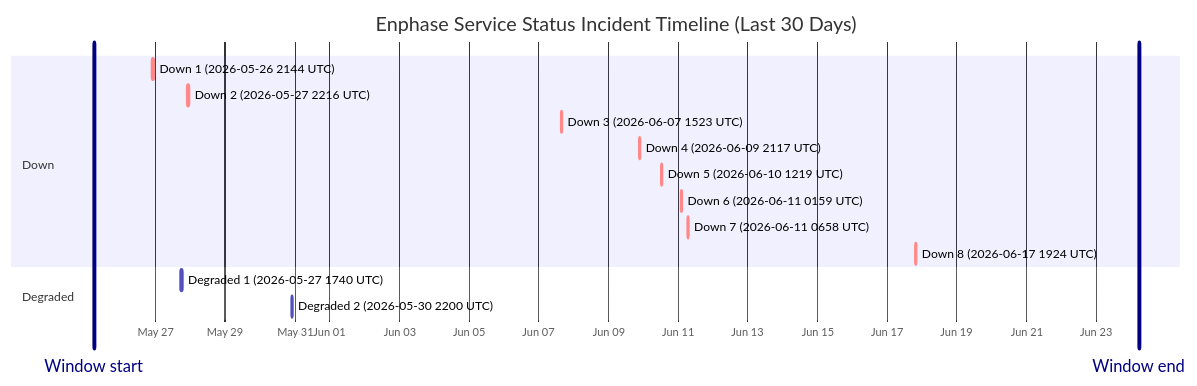
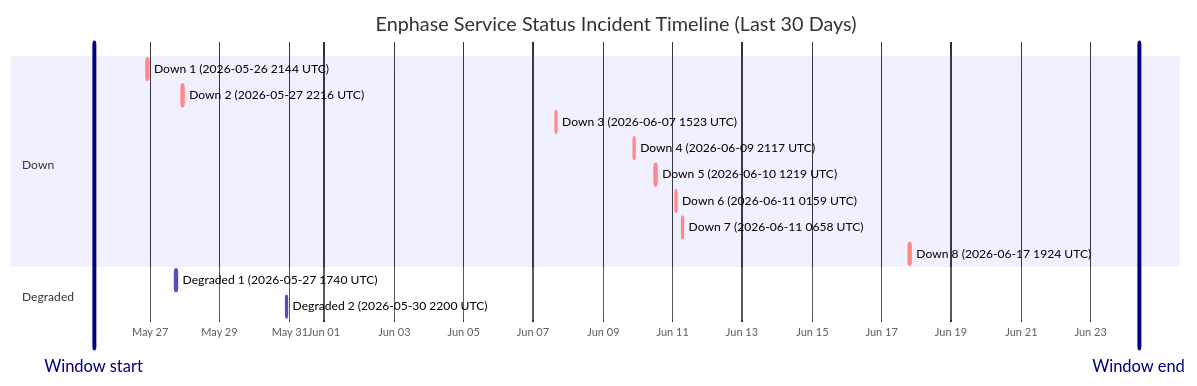
Before and after one commit to barneyonline/ha-enphase-energy: the diagram in wiki/Service-Status-History.md, drawn with Mermaid. The commit also changed other lines of this file and 3 other files, not shown here.

````diff
--- a/wiki/Service-Status-History.md
+++ b/wiki/Service-Status-History.md
@@ -14,20 +14,20 @@
 ```mermaid
 gantt
     title Enphase Service Status Incident Timeline (Last 30 Days)
     dateFormat  YYYY-MM-DDTHH:mm:ss
     axisFormat  %b %d
-    Window start :vert, window-start, 2026-05-25T05:35:58, 0ms
-    Window end :vert, window-end, 2026-06-24T05:35:58, 0ms
+    Window start :vert, window-start, 2026-05-25T09:26:40, 0ms
+    Window end :vert, window-end, 2026-06-24T09:26:40, 0ms
     section Down
     Down 1 (2026-05-26 2144 UTC) :crit, down-1, 2026-05-26T21:44:11, 85m
     Down 2 (2026-05-27 2216 UTC) :crit, down-2, 2026-05-27T22:16:53, 87m
     Down 3 (2026-06-07 1523 UTC) :crit, down-3, 2026-06-07T15:23:22, 87m
     Down 4 (2026-06-09 2117 UTC) :crit, down-4, 2026-06-09T21:17:17, 60m
     Down 5 (2026-06-10 1219 UTC) :crit, down-5, 2026-06-10T12:19:21, 60m
     Down 6 (2026-06-11 0159 UTC) :crit, down-6, 2026-06-11T01:59:36, 60m
     Down 7 (2026-06-11 0658 UTC) :crit, down-7, 2026-06-11T06:58:45, 60m
     Down 8 (2026-06-17 1924 UTC) :crit, down-8, 2026-06-17T19:24:51, 60m
     section Degraded
     Degraded 1 (2026-05-27 1740 UTC) :active, degraded-1, 2026-05-27T17:40:52, 60m
     Degraded 2 (2026-05-30 2200 UTC) :active, degraded-2, 2026-05-30T22:00:37, 60m
 ```
````
